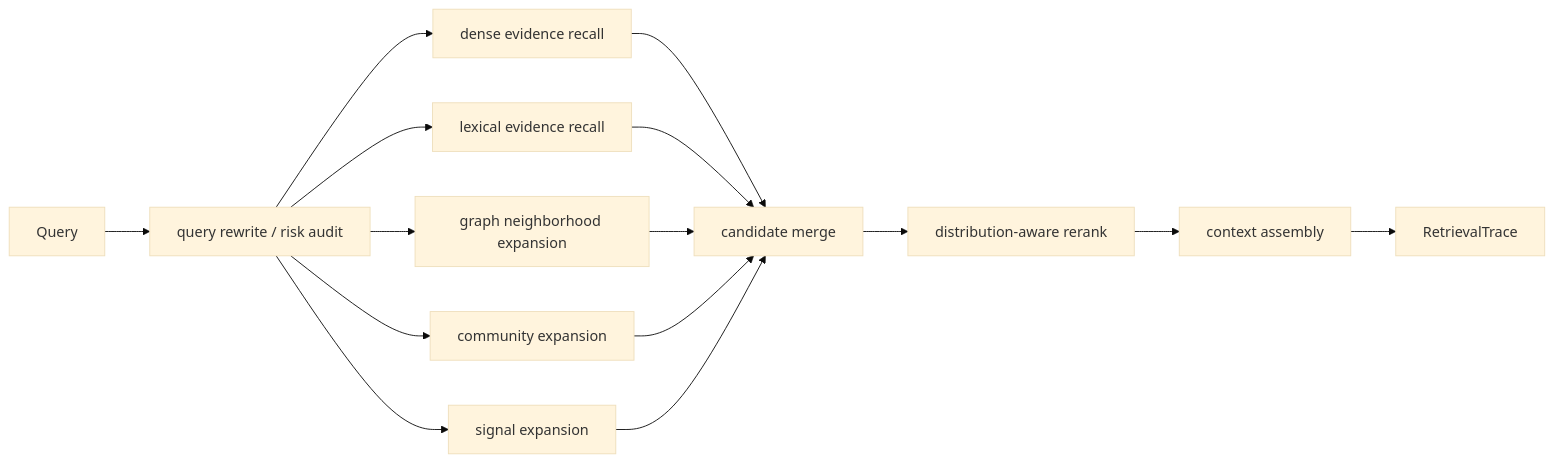
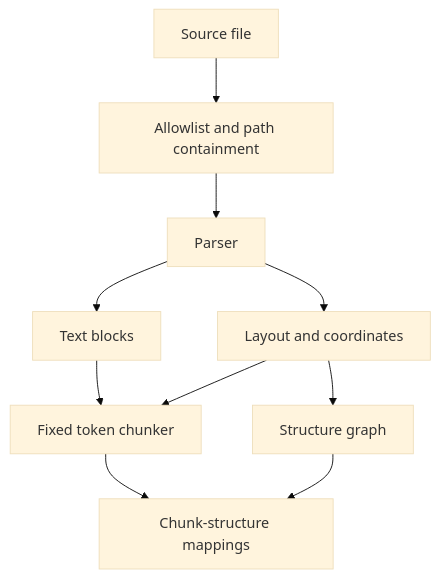
The fourth of 10 diagrams in docs/technical-spec.md (Sggggt/SymboGraph), drawn with Mermaid (base theme) before and after one commit. The commit also changed other lines of this file and 123 other files, not shown here.

````diff
--- a/docs/technical-spec.md
+++ b/docs/technical-spec.md
@@ -436,17 +231,12 @@
 ```mermaid
-flowchart LR
-    Q["Query"] --> QR["query rewrite / risk audit"]
-    QR --> DE["dense evidence recall"]
-    QR --> LE["lexical evidence recall"]
-    QR --> GE["graph neighborhood expansion"]
-    QR --> CE["community expansion"]
-    QR --> SE["signal expansion"]
-    DE --> M["candidate merge"]
-    LE --> M
-    GE --> M
-    CE --> M
-    SE --> M
-    M --> RR["distribution-aware rerank"]
-    RR --> CA["context assembly"]
-    CA --> RT["RetrievalTrace"]
+flowchart TB
+    SF["Source file"] --> VAL["Allowlist and path containment"]
+    VAL --> PX["Parser"]
+    PX --> LO["Layout and coordinates"]
+    PX --> TX["Text blocks"]
+    LO --> SG["Structure graph"]
+    TX --> CK["Fixed token chunker"]
+    LO --> CK
+    CK --> CM["Chunk-structure mappings"]
+    SG --> CM
 ```
````
